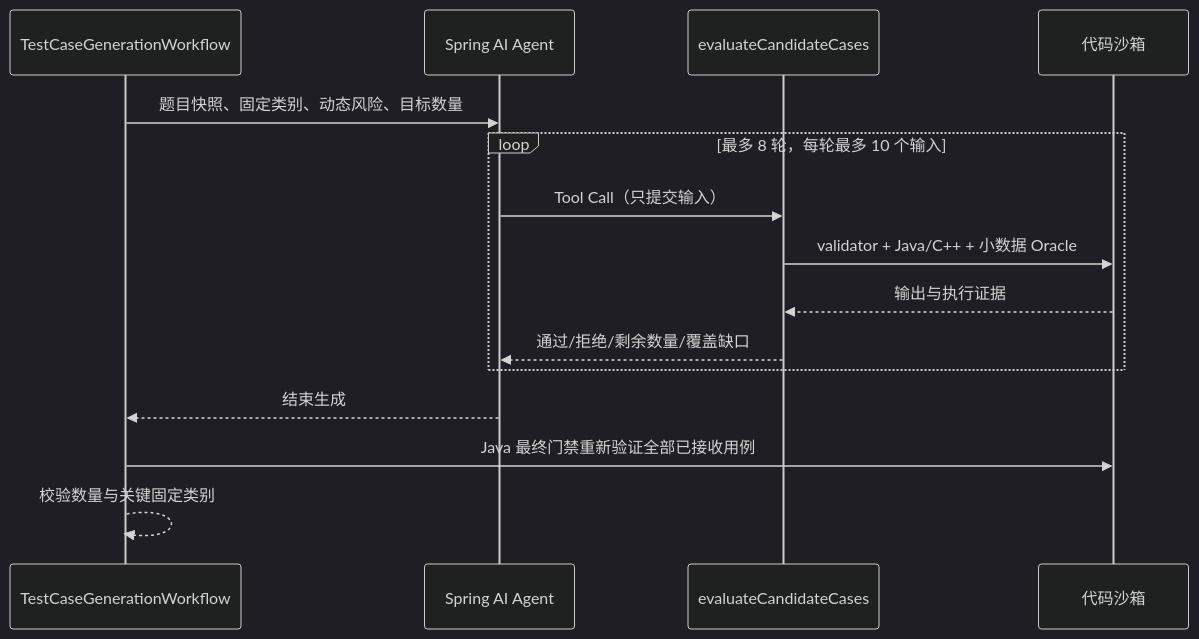
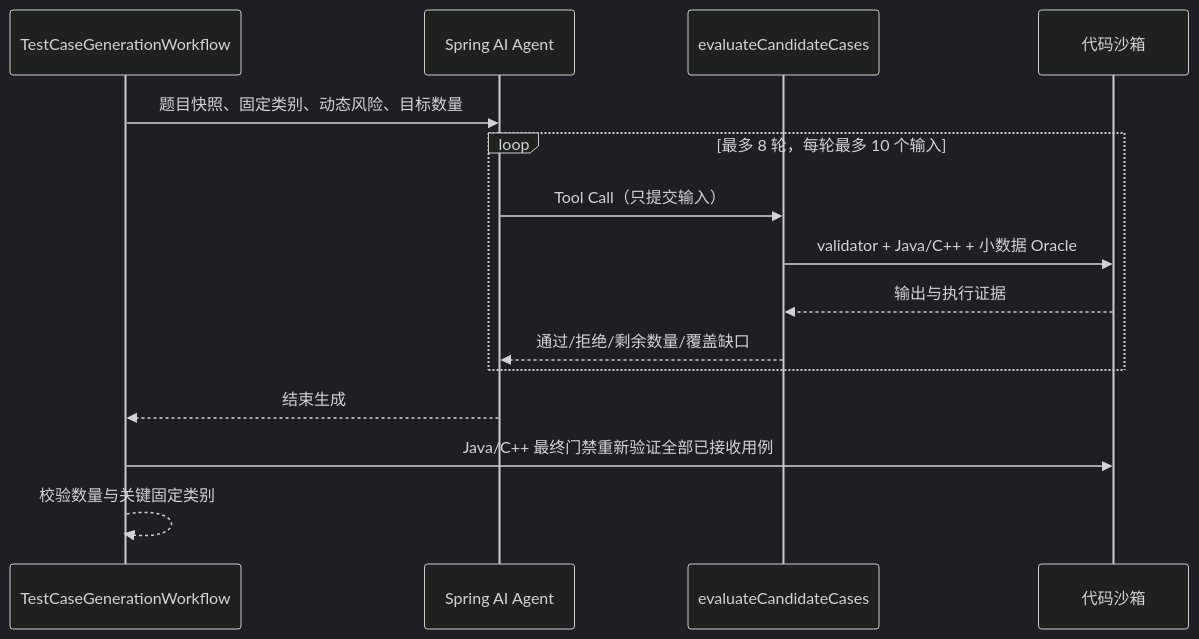
One commit to qwerlty123/myoj-microservice changed the third of 4 diagrams in docs/ai-authoring-workflows.md. Above: the diagram before and after it, drawn with Mermaid (dark theme). The commit also changed other lines of this file and 68 other files, not shown here.

````diff
--- a/docs/ai-authoring-workflows.md
+++ b/docs/ai-authoring-workflows.md
@@ -56,18 +66,18 @@
 ```mermaid
 sequenceDiagram
     participant W as TestCaseGenerationWorkflow
     participant M as Spring AI Agent
     participant T as evaluateCandidateCases
     participant S as 代码沙箱
 
     W->>M: 题目快照、固定类别、动态风险、目标数量
     loop 最多 8 轮，每轮最多 10 个输入
         M->>T: Tool Call（只提交输入）
         T->>S: validator + Java/C++ + 小数据 Oracle
         S-->>T: 输出与执行证据
         T-->>M: 通过/拒绝/剩余数量/覆盖缺口
     end
     M-->>W: 结束生成
-    W->>S: Java 最终门禁重新验证全部已接收用例
+    W->>S: Java/C++ 最终门禁重新验证全部已接收用例
     W-->>W: 校验数量与关键固定类别
 ```
````
